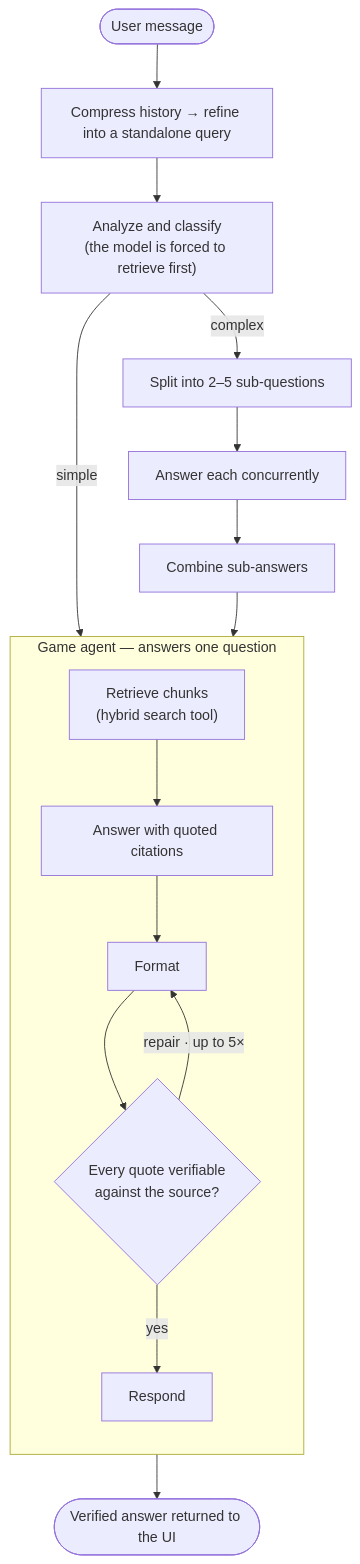
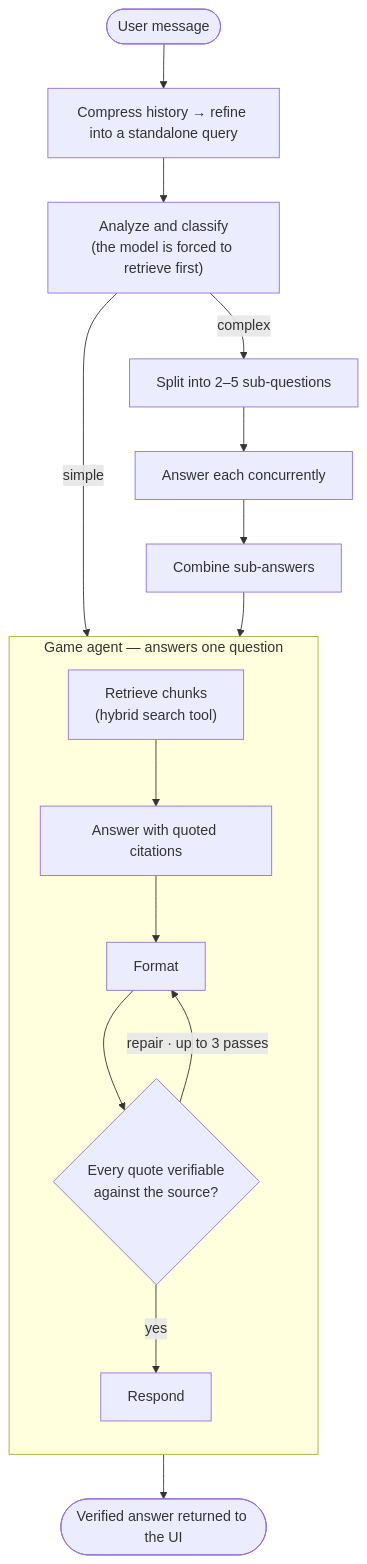
One commit to johntrimble/meeplemate changed the second of 5 diagrams in README.md. Above: the diagram before and after it, drawn with Mermaid. The commit also changed other lines of this file and 28 other files, not shown here.

````diff
--- a/README.md
+++ b/README.md
@@ -131,21 +131,21 @@
 ```mermaid
 flowchart TD
     Q(["User message"]) --> RF["Compress history → refine into a standalone query"]
     RF --> AN["Analyze and classify<br/>(the model is forced to retrieve first)"]
     AN -->|"complex"| DEC["Split into 2–5 sub-questions"]
     DEC --> PAR["Answer each concurrently"]
     PAR --> CM["Combine sub-answers"]
     AN -->|"simple"| GA
     CM --> GA
 
     subgraph GA["Game agent — answers one question"]
         direction TB
         g1["Retrieve chunks<br/>(hybrid search tool)"] --> g2["Answer with quoted citations"]
         g2 --> g3["Format"]
         g3 --> g4{"Every quote verifiable<br/>against the source?"}
-        g4 -->|"repair · up to 5×"| g3
+        g4 -->|"repair · up to 3 passes"| g3
         g4 -->|"yes"| g5["Respond"]
     end
 
     GA --> OUT(["Verified answer returned to the UI"])
 ```
````
